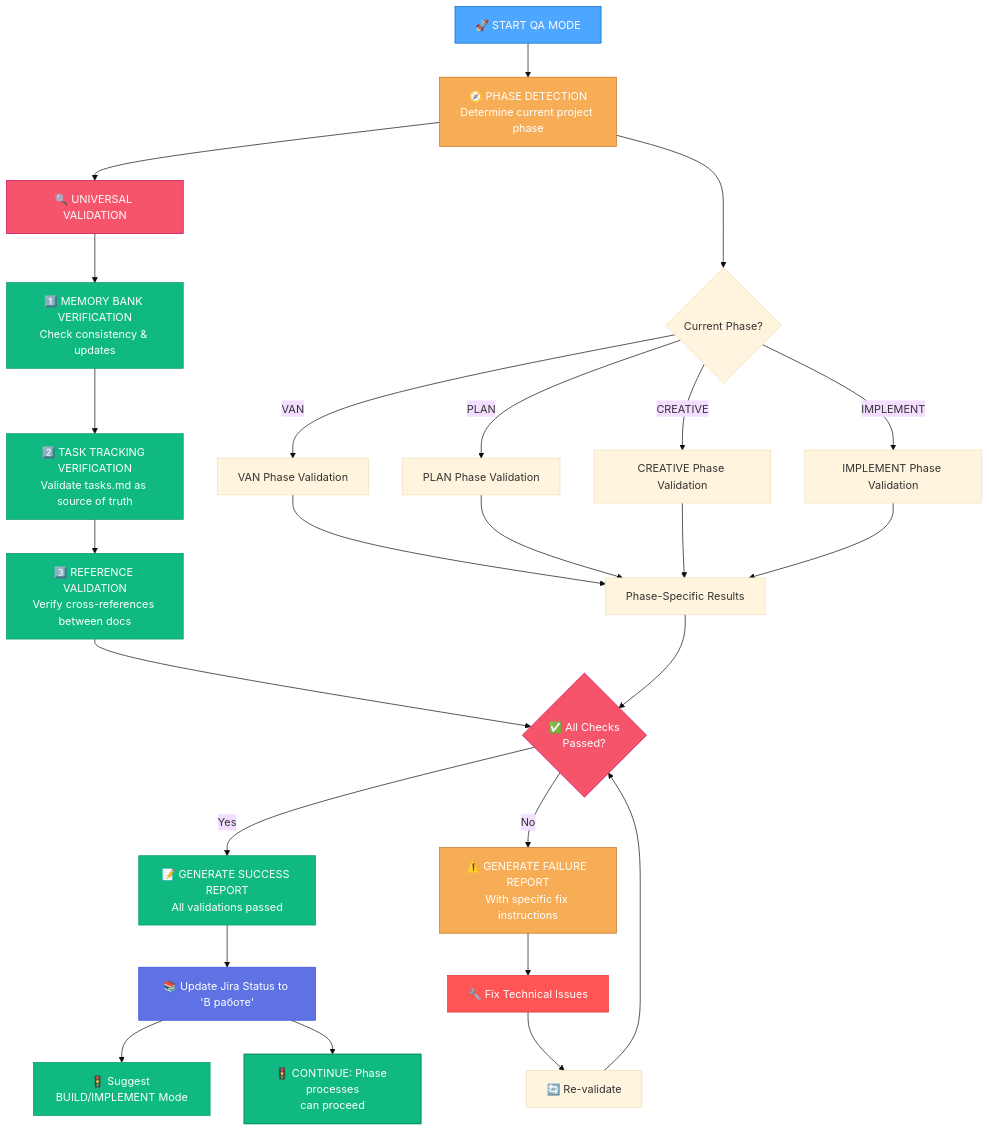
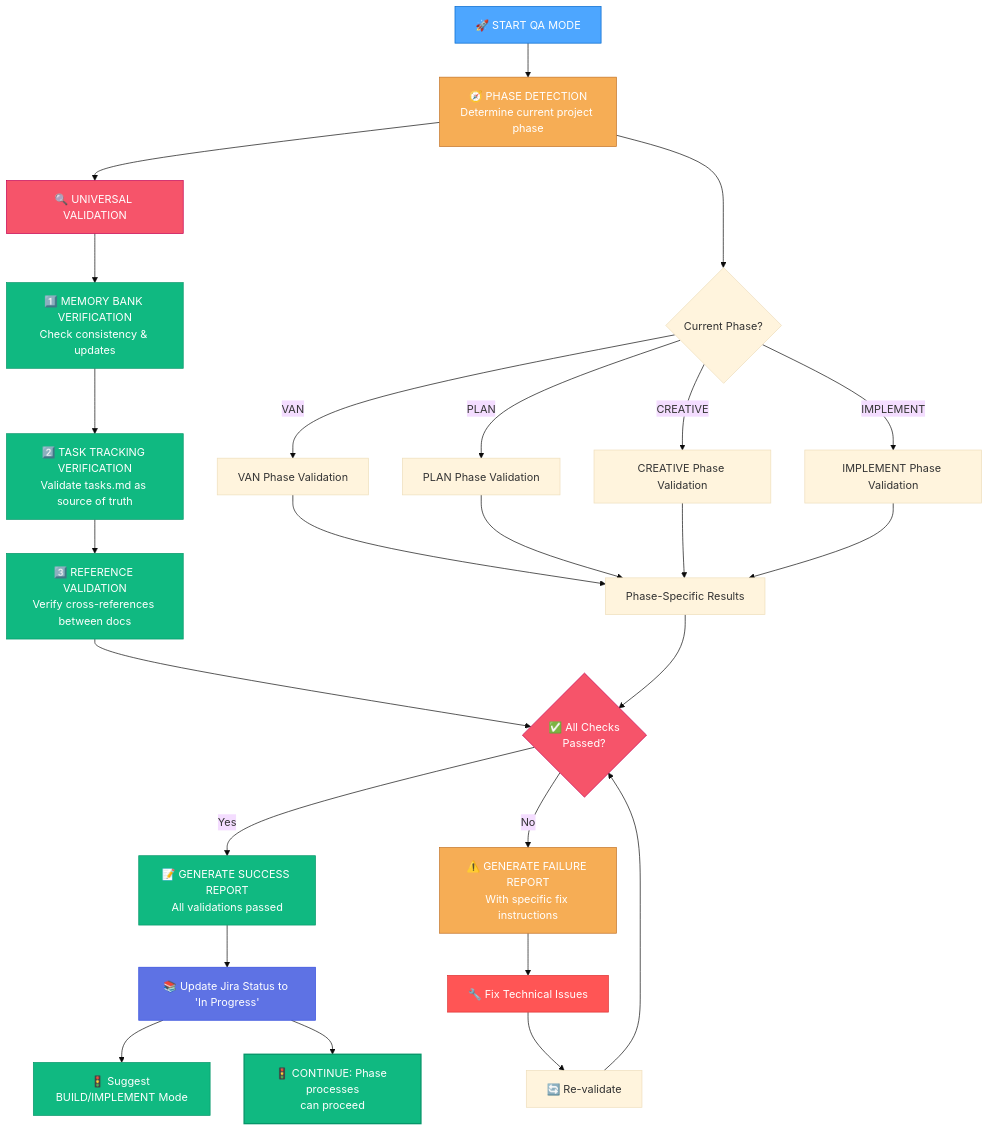
Before and after one commit to ms-moar/cursor-tools: the first of 10 diagrams in .cursor/rules/isolation_rules/visual-maps/qa-mode-map.mdc, drawn with Mermaid (base theme). The commit also changed other lines of this file and 12 other files, not shown here.

````diff
--- a/.cursor/rules/isolation_rules/visual-maps/qa-mode-map.mdc
+++ b/.cursor/rules/isolation_rules/visual-maps/qa-mode-map.mdc
@@ -12,55 +12,55 @@
 ```mermaid
 graph TD
     Start["🚀 START QA MODE"] --> DetectPhase["🧭 PHASE DETECTION<br>Determine current project phase"]
     
     %% Phase detection decision path
     DetectPhase --> PhaseDetermination{"Current Phase?"}
     PhaseDetermination -->|"VAN"| VANChecks["VAN Phase Validation"]
     PhaseDetermination -->|"PLAN"| PLANChecks["PLAN Phase Validation"]
     PhaseDetermination -->|"CREATIVE"| CREATIVEChecks["CREATIVE Phase Validation"] 
     PhaseDetermination -->|"IMPLEMENT"| IMPLEMENTChecks["IMPLEMENT Phase Validation"]
     
     %% Universal checks that apply to all phases
     DetectPhase --> UniversalChecks["🔍 UNIVERSAL VALIDATION"]
     UniversalChecks --> MemoryBankCheck["1️⃣ MEMORY BANK VERIFICATION<br>Check consistency & updates"]
     MemoryBankCheck --> TaskTrackingCheck["2️⃣ TASK TRACKING VERIFICATION<br>Validate tasks.md as source of truth"]
     TaskTrackingCheck --> ReferenceCheck["3️⃣ REFERENCE VALIDATION<br>Verify cross-references between docs"]
     
     %% Phase-specific validations feed into comprehensive report
     VANChecks & PLANChecks & CREATIVEChecks & IMPLEMENTChecks --> PhaseSpecificResults["Phase-Specific Results"]
     ReferenceCheck & PhaseSpecificResults --> ValidationResults{"✅ All Checks<br>Passed?"}
     
     %% Results Processing
     ValidationResults -->|"Yes"| SuccessReport["📝 GENERATE SUCCESS REPORT<br>All validations passed"]
 
     %% JIRA INTEGRATION START
-    SuccessReport --> UpdateJiraStatus["📚 Update Jira Status to 'В работе'"]
+    SuccessReport --> UpdateJiraStatus["📚 Update Jira Status to 'In Progress'"]
     UpdateJiraStatus --> SuggestBuild["🚦 Suggest BUILD/IMPLEMENT Mode"]
     %% JIRA INTEGRATION END
 
     ValidationResults -->|"No"| FailureReport["⚠️ GENERATE FAILURE REPORT<br>With specific fix instructions"]
     
     %% Success Path
     UpdateJiraStatus --> ContinueProcess["🚦 CONTINUE: Phase processes<br>can proceed"]
     
     %% Failure Path
     FailureReport --> FixIssues["🔧 Fix Technical Issues"]
     FixIssues --> ReValidate["🔄 Re-validate"]
     ReValidate --> ValidationResults
     
     %% Style nodes for clarity
     style Start fill:#4da6ff,stroke:#0066cc,color:white
     style DetectPhase fill:#f6ad55,stroke:#c27022,color:white
     style UniversalChecks fill:#f6546a,stroke:#c30052,color:white
     style MemoryBankCheck fill:#10b981,stroke:#059669,color:white
     style TaskTrackingCheck fill:#10b981,stroke:#059669,color:white
     style ReferenceCheck fill:#10b981,stroke:#059669,color:white
     style ValidationResults fill:#f6546a,stroke:#c30052,color:white
     style SuccessReport fill:#10b981,stroke:#059669,color:white
     style FailureReport fill:#f6ad55,stroke:#c27022,color:white
     style ContinueProcess fill:#10b981,stroke:#059669,color:white,stroke-width:2px
     style FixIssues fill:#ff5555,stroke:#dd3333,color:white
     %% JIRA Node Styles
     style UpdateJiraStatus fill:#5e72e4,stroke:#324cdd,color:white
     style SuggestBuild fill:#10b981,stroke:#059669,color:white
 ```
````
